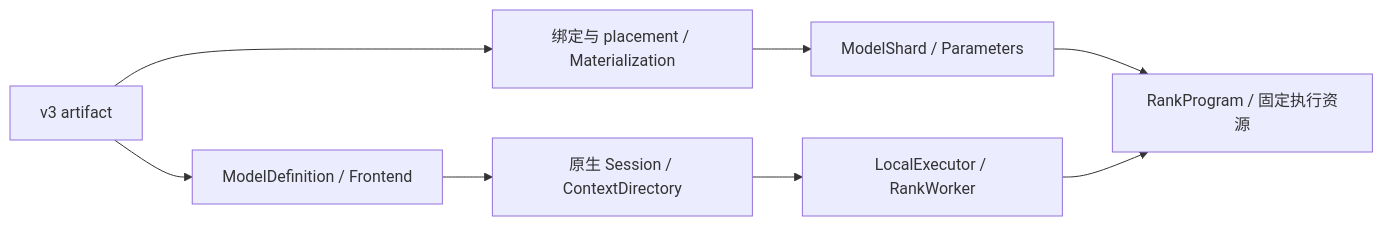
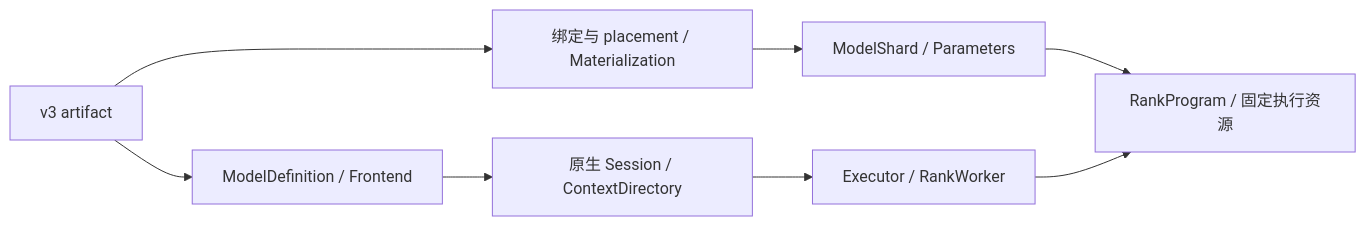
The first of 3 diagrams in docs/maintainer/engine-architecture.md (Neroued/ninfer), drawn with Mermaid before and after one commit. The commit also changed other lines of this file and 448 other files, not shown here.

````diff
--- a/docs/maintainer/engine-architecture.md
+++ b/docs/maintainer/engine-architecture.md
@@ -33,10 +34,10 @@
 ```mermaid
 flowchart LR
     A["v3 artifact"] --> D["ModelDefinition / Frontend"]
     A --> L["绑定与 placement / Materialization"]
     L --> M["ModelShard / Parameters"]
     D --> S["原生 Session / ContextDirectory"]
     M --> P["RankProgram / 固定执行资源"]
-    S --> X["LocalExecutor / RankWorker"]
+    S --> X["Executor / RankWorker"]
     X --> P
 ```
````
